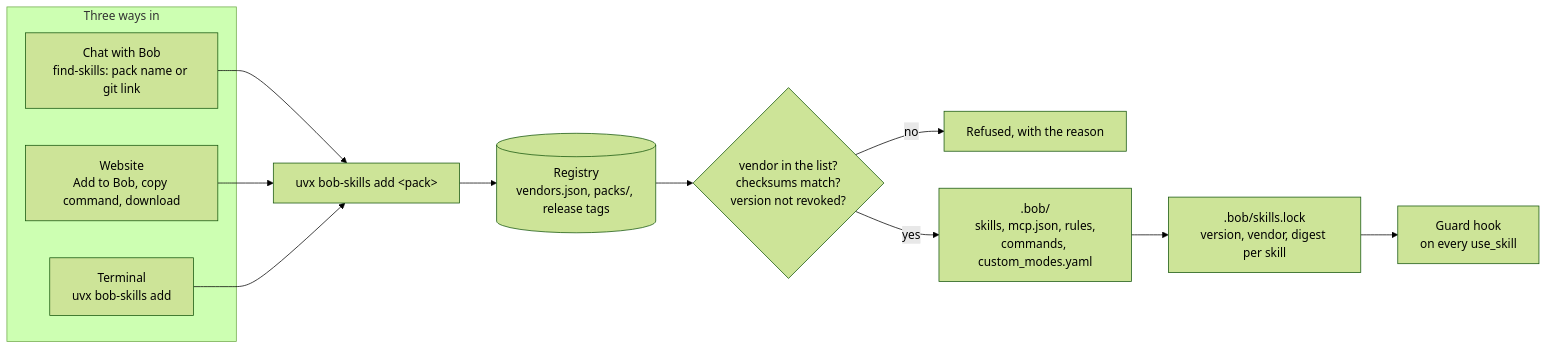
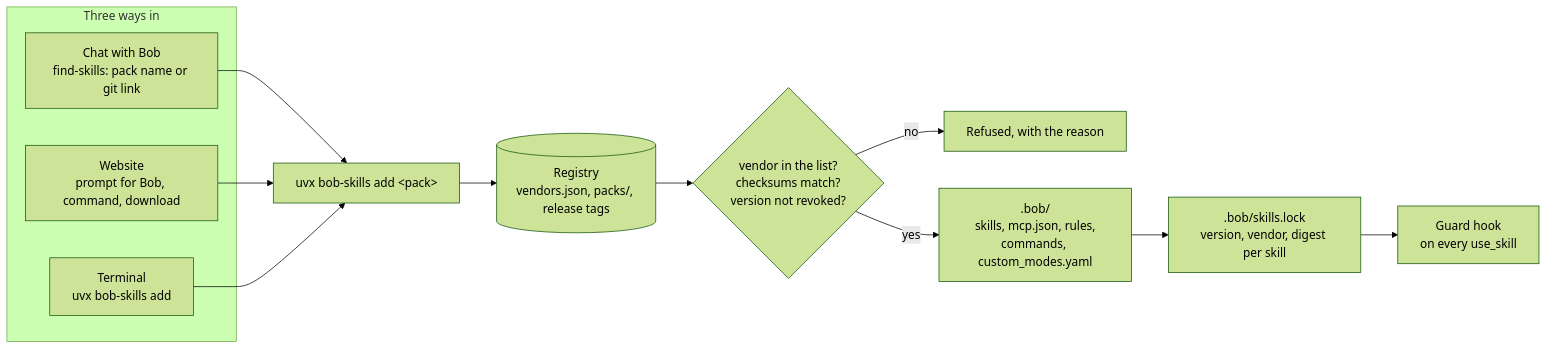
The first of 4 diagrams in README.md (AlexandraIourenkova/bob-skills-marketplace), drawn with Mermaid (forest theme) before and after one commit. The commit also changed other lines of this file and 1 other file, not shown here.

First line of the commit message:
Site: install through a prompt for Bob instead of the Add to Bob button

````diff
--- a/README.md
+++ b/README.md
@@ -14,17 +14,17 @@
 ```mermaid
 flowchart LR
     subgraph ways["Three ways in"]
         chat["Chat with Bob<br/>find-skills: pack name or git link"]
-        site["Website<br/>Add to Bob, copy command, download"]
+        site["Website<br/>prompt for Bob, command, download"]
         cli["Terminal<br/>uvx bob-skills add"]
     end
     chat --> add
     site --> add
     cli --> add
     add["uvx bob-skills add &lt;pack&gt;"] --> reg[("Registry<br/>vendors.json, packs/, release tags")]
     reg --> check{"vendor in the list?<br/>checksums match?<br/>version not revoked?"}
     check -- no --> refuse["Refused, with the reason"]
     check -- yes --> bob[".bob/<br/>skills, mcp.json, rules,<br/>commands, custom_modes.yaml"]
     bob --> lock[".bob/skills.lock<br/>version, vendor, digest per skill"]
     lock --> guard["Guard hook<br/>on every use_skill"]
 ```
````
